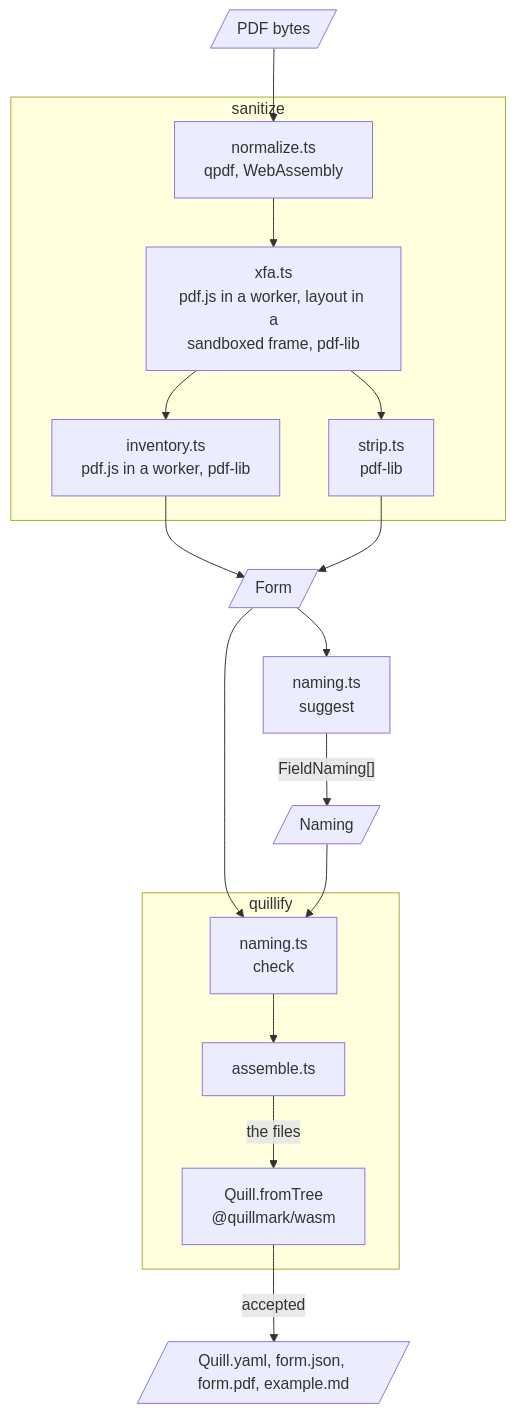
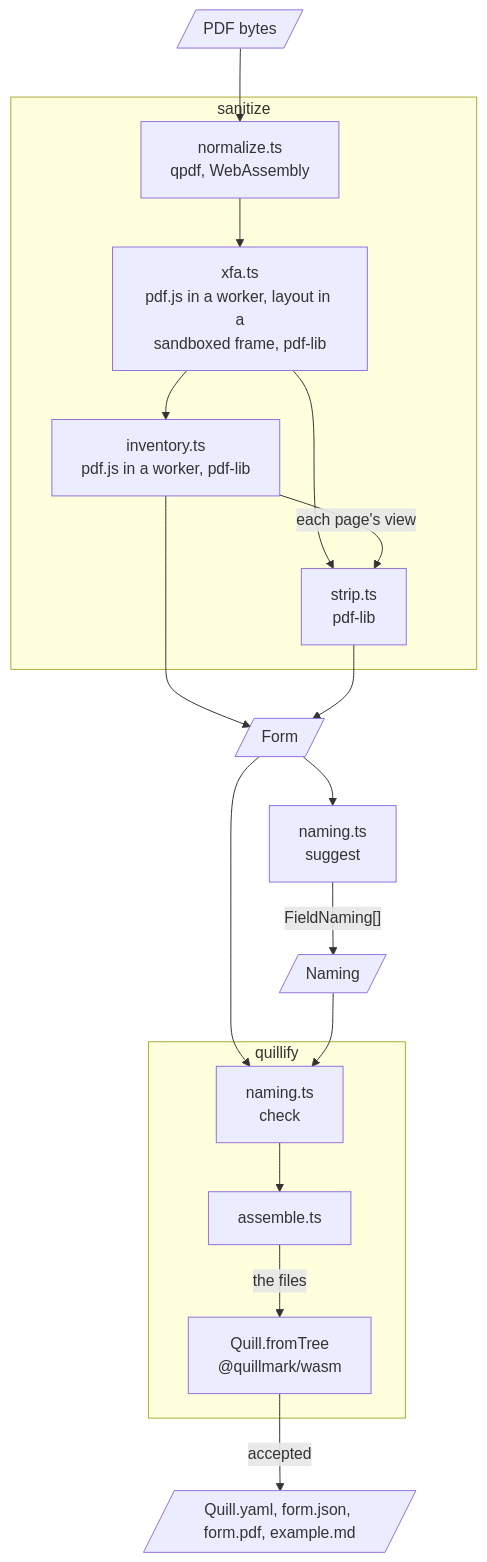
Before and after one commit to blackpeacockprinting/quillify: the diagram in prose/canon/ARCHITECTURE.md, drawn with Mermaid. The commit also changed other lines of this file and 7 other files, not shown here.

````diff
--- a/prose/canon/ARCHITECTURE.md
+++ b/prose/canon/ARCHITECTURE.md
@@ -9,18 +9,19 @@
 ```mermaid
 flowchart TD
     pdf[/PDF bytes/] --> normalize
     subgraph sanitize
         normalize["normalize.ts<br/>qpdf, WebAssembly"] --> xfa["xfa.ts<br/>pdf.js in a worker, layout in a<br/>sandboxed frame, pdf-lib"]
         xfa --> inventory["inventory.ts<br/>pdf.js in a worker, pdf-lib"]
         xfa --> strip["strip.ts<br/>pdf-lib"]
+        inventory -->|"each page's view"| strip
     end
     inventory --> form[/Form/]
     strip --> form
     form --> suggest["naming.ts<br/>suggest"] -->|"FieldNaming[]"| naming[/Naming/]
     form --> check
     naming --> check
     subgraph quillify
         check["naming.ts<br/>check"] --> assemble["assemble.ts"] -->|the files| engine["Quill.fromTree<br/>@quillmark/wasm"]
     end
     engine -->|accepted| tree[/"Quill.yaml, form.json, form.pdf, example.md"/]
 ```
````
